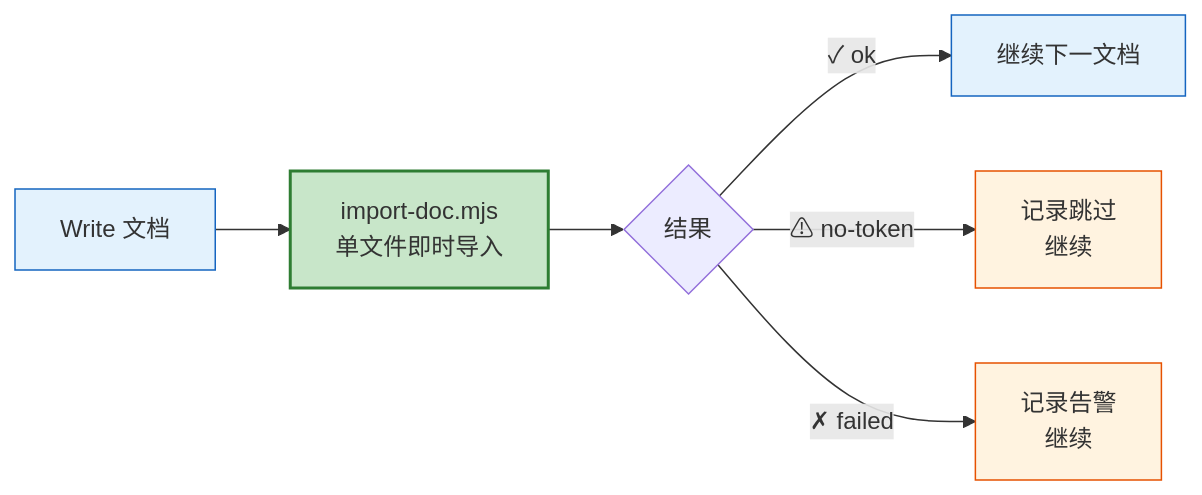
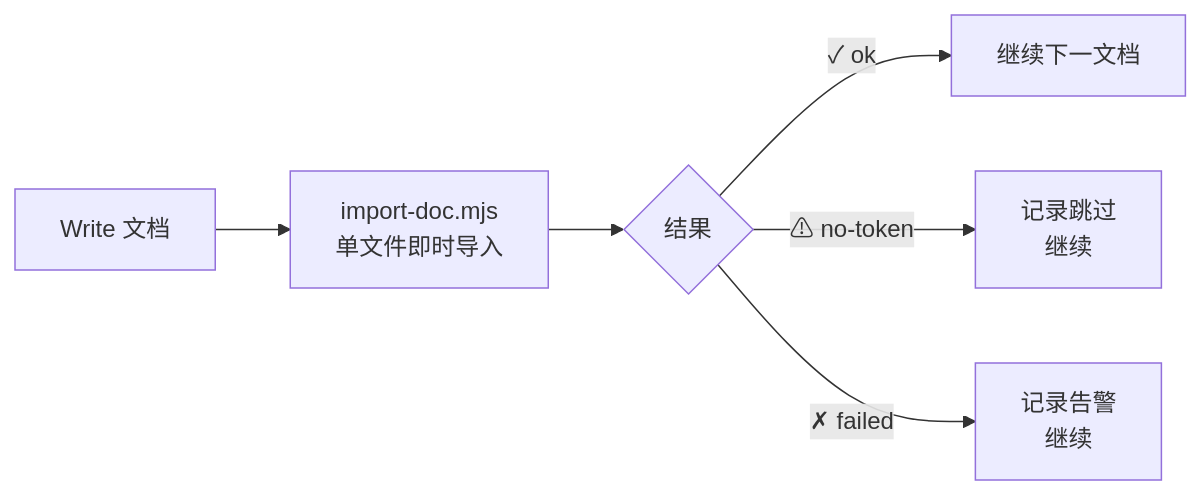
Before and after one commit to effiy/YrY: the third of 8 diagrams in skills/rui-import/SKILL.md, drawn with Mermaid. The commit also changed other lines of this file and 38 other files, not shown here.

````diff
--- a/skills/rui-import/SKILL.md
+++ b/skills/rui-import/SKILL.md
@@ -121,13 +114,8 @@
 ```mermaid
 flowchart LR
     WRITE["Write 文档"]:::write --> IMPORT["import-doc.mjs<br/>单文件即时导入"]:::primary
     IMPORT --> RESULT{结果}
     RESULT -->|"✓ ok"| NEXT["继续下一文档"]:::next
     RESULT -->|"⚠ no-token"| SKIP["记录跳过<br/>继续"]:::warn
     RESULT -->|"✗ failed"| WARN["记录告警<br/>继续"]:::warn
-
-    classDef write fill:#e3f2fd,stroke:#1565c0;
-    classDef primary fill:#c8e6c9,stroke:#2e7d32,stroke-width:2px;
-    classDef next fill:#e3f2fd,stroke:#1565c0;
-    classDef warn fill:#fff3e0,stroke:#e65100;
 ```
````
